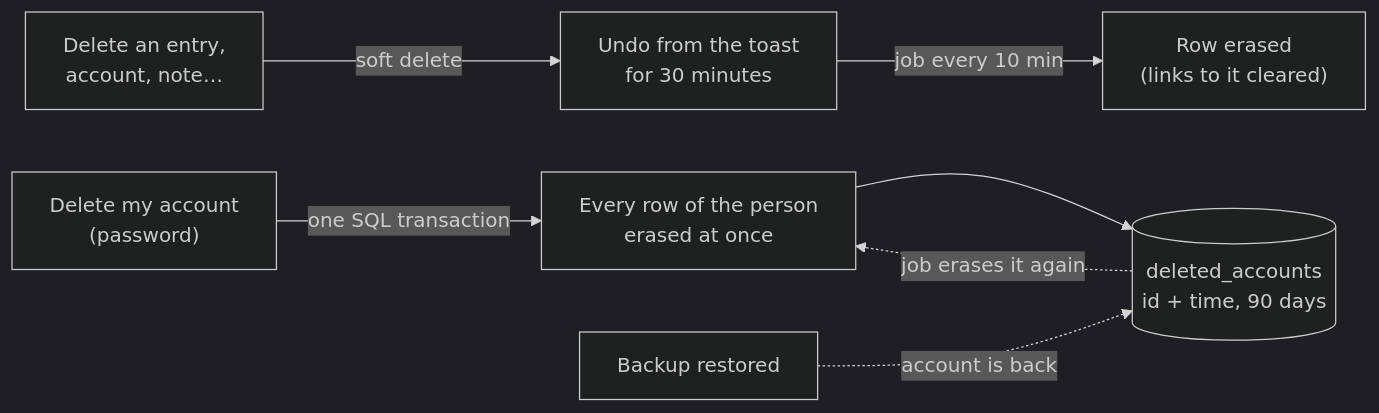
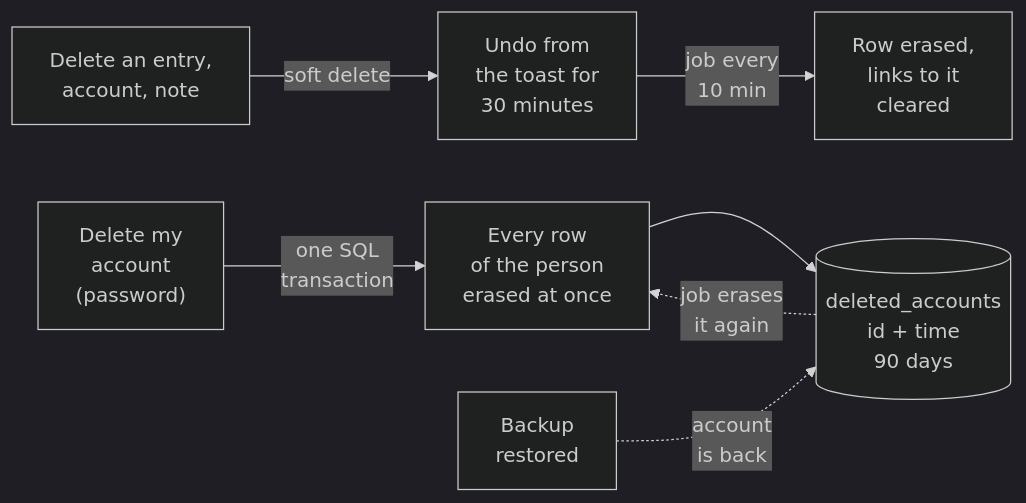
The fifth of 5 diagrams in README.md (vagnerwentz/prisma), drawn with Mermaid (dark theme) before and after one commit. The commit also changed other lines of this file and 3 other files, not shown here.

First line of the commit message:
docs: README diagrams that no longer clip, password change across the docs

````diff
--- a/README.md
+++ b/README.md
@@ -195,9 +198,9 @@
 ```mermaid
 flowchart LR
-    Delete["Delete an entry,<br/>account, note…"] -->|"soft delete"| Undo["Undo from the toast<br/>for 30 minutes"]
-    Undo -->|"job every 10 min"| Gone["Row erased<br/>(links to it cleared)"]
-    Close["Delete my account<br/>(password)"] -->|"one SQL transaction"| Erased["Every row of the person<br/>erased at once"]
-    Erased --> List[("deleted_accounts<br/>id + time, 90 days")]
-    Restore["Backup restored"] -.->|"account is back"| List
-    List -.->|"job erases it again"| Erased
+    Delete["Delete an entry,<br/>account, note"] -->|"soft delete"| Undo["Undo from<br/>the toast for<br/>30 minutes"]
+    Undo -->|"job every<br/>10 min"| Gone["Row erased,<br/>links to it<br/>cleared"]
+    Close["Delete my<br/>account<br/>(password)"] -->|"one SQL<br/>transaction"| Erased["Every row<br/>of the person<br/>erased at once"]
+    Erased --> List[("deleted_accounts<br/>id + time<br/>90 days")]
+    Restore["Backup<br/>restored"] -.->|"account<br/>is back"| List
+    List -.->|"job erases<br/>it again"| Erased
 ```
````
